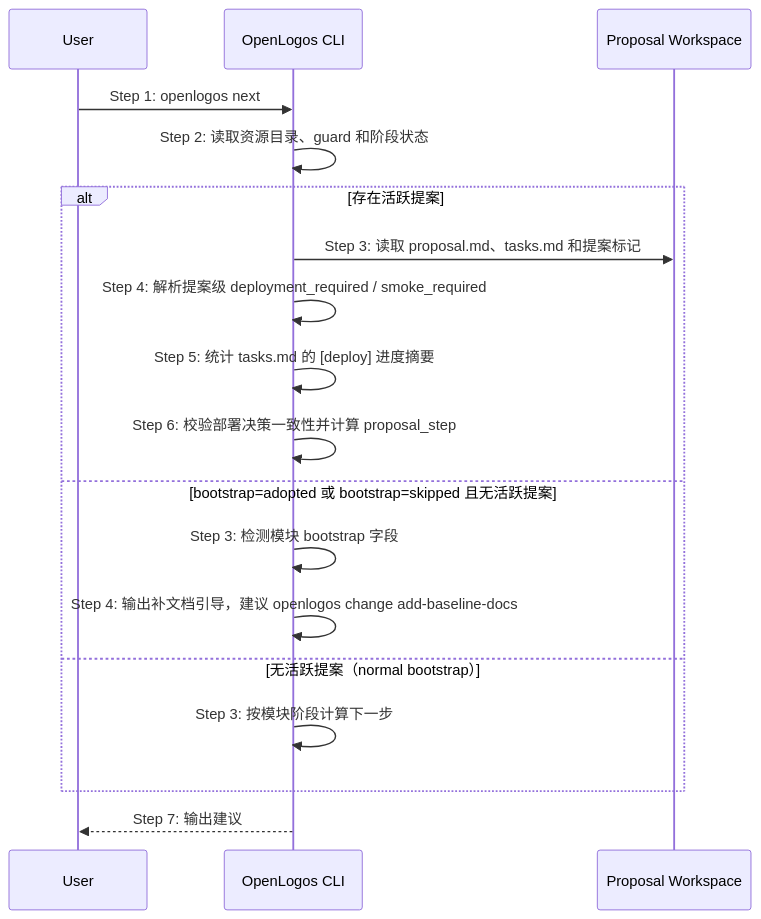
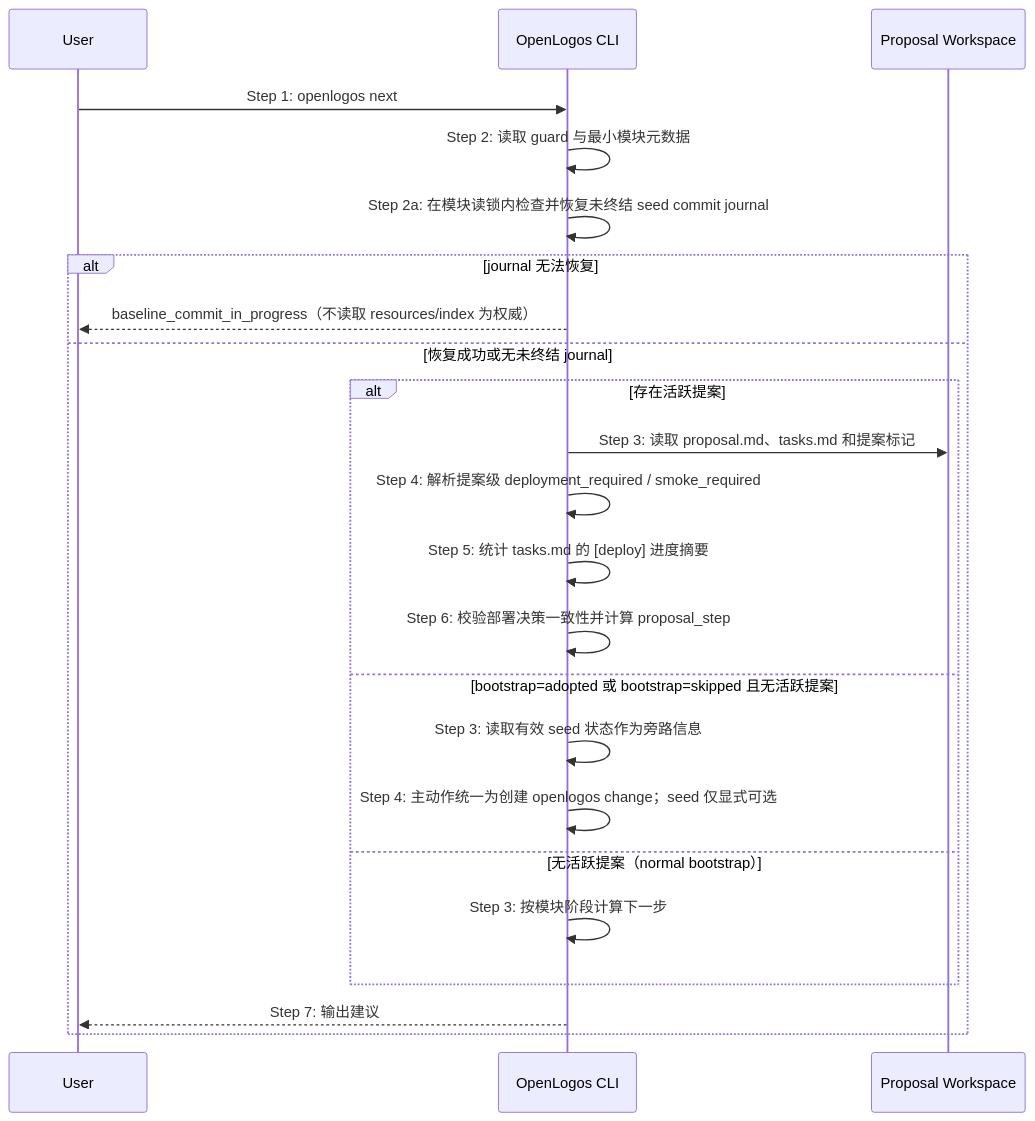
Before and after one commit to miniidealab/openlogos: the diagram in logos/resources/prd/3-technical-plan/2-scenario-implementation/core-S05-next-guidance.md, drawn with Mermaid. The commit also changed other lines of this file and 74 other files, not shown here.

Commit message:
chore(baseline-on-touch): archive change proposal

````diff
--- a/logos/resources/prd/3-technical-plan/2-scenario-implementation/core-S05-next-guidance.md
+++ b/logos/resources/prd/3-technical-plan/2-scenario-implementation/core-S05-next-guidance.md
@@ -3,21 +3,26 @@
 ```mermaid
 sequenceDiagram
     participant U as User
     participant C as OpenLogos CLI
     participant P as Proposal Workspace
 
     U->>C: Step 1: openlogos next
-    C->>C: Step 2: 读取资源目录、guard 和阶段状态
-    alt 存在活跃提案
-        C->>P: Step 3: 读取 proposal.md、tasks.md 和提案标记
-        C->>C: Step 4: 解析提案级 deployment_required / smoke_required
-        C->>C: Step 5: 统计 tasks.md 的 [deploy] 进度摘要
-        C->>C: Step 6: 校验部署决策一致性并计算 proposal_step
-    else bootstrap=adopted 或 bootstrap=skipped 且无活跃提案
-        C->>C: Step 3: 检测模块 bootstrap 字段
-        C->>C: Step 4: 输出补文档引导，建议 openlogos change add-baseline-docs
-    else 无活跃提案（normal bootstrap）
-        C->>C: Step 3: 按模块阶段计算下一步
+    C->>C: Step 2: 读取 guard 与最小模块元数据
+    C->>C: Step 2a: 在模块读锁内检查并恢复未终结 seed commit journal
+    alt journal 无法恢复
+        C-->>U: baseline_commit_in_progress（不读取 resources/index 为权威）
+    else 恢复成功或无未终结 journal
+        alt 存在活跃提案
+            C->>P: Step 3: 读取 proposal.md、tasks.md 和提案标记
+            C->>C: Step 4: 解析提案级 deployment_required / smoke_required
+            C->>C: Step 5: 统计 tasks.md 的 [deploy] 进度摘要
+            C->>C: Step 6: 校验部署决策一致性并计算 proposal_step
+        else bootstrap=adopted 或 bootstrap=skipped 且无活跃提案
+            C->>C: Step 3: 读取有效 seed 状态作为旁路信息
+            C->>C: Step 4: 主动作统一为创建 openlogos change；seed 仅显式可选
+        else 无活跃提案（normal bootstrap）
+            C->>C: Step 3: 按模块阶段计算下一步
+        end
+        C-->>U: Step 7: 输出建议
     end
-    C-->>U: Step 7: 输出建议
 ```
````
